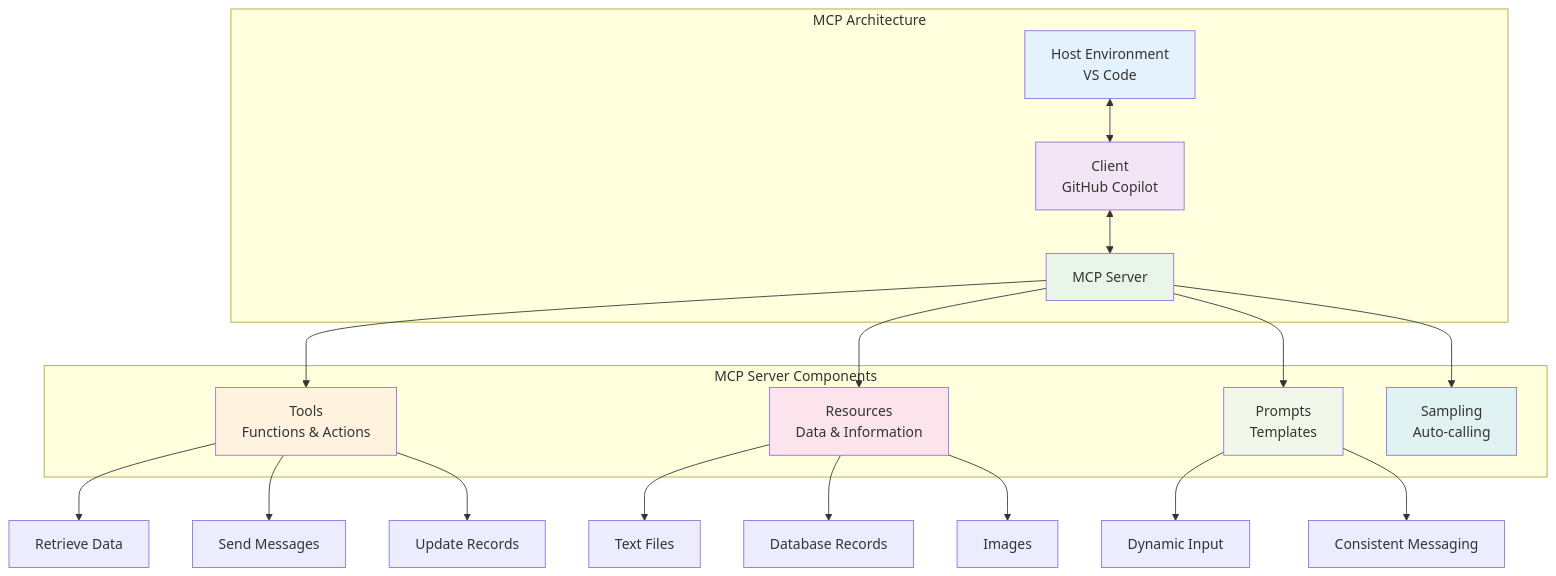
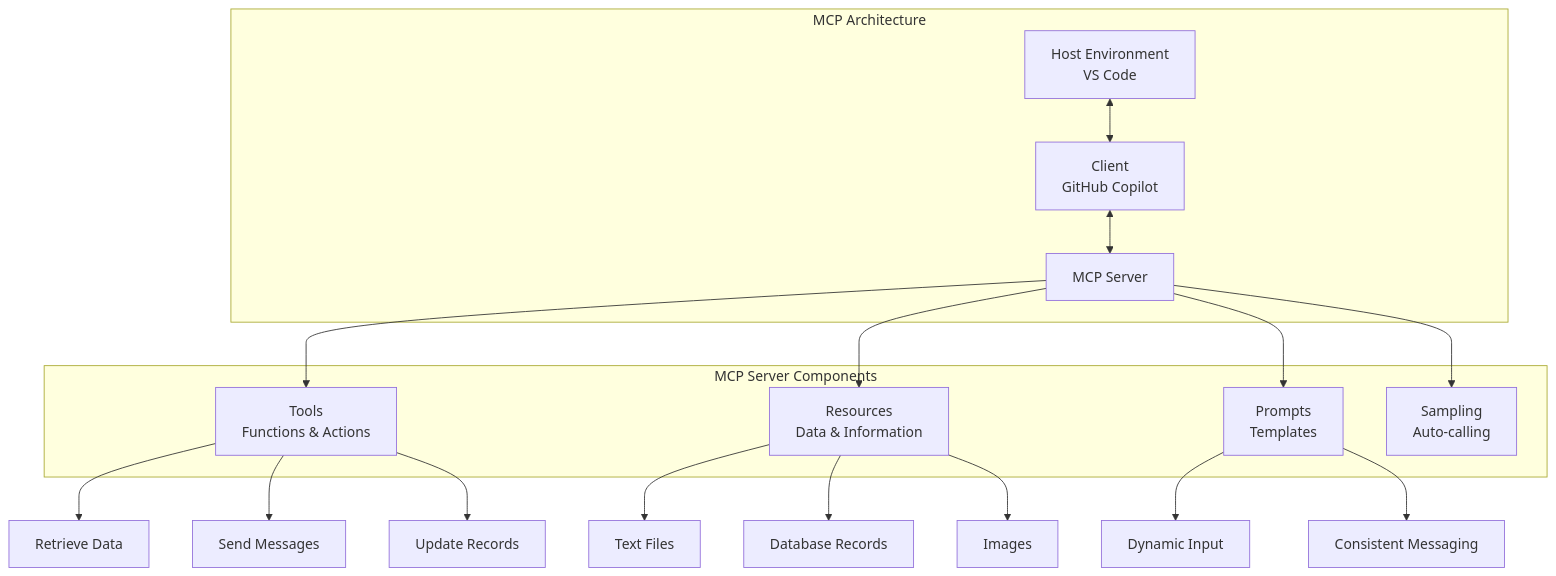
The fifth of 5 diagrams in _posts/2025-07-19-understanding-agentic-ai.md (micromastery/micromastery.github.io), drawn with Mermaid before and after one commit. The commit also changed other lines of this file, not shown here.

Commit message:
Remove unnecessary style definitions from AI agents blog post diagrams

````diff
--- a/_posts/2025-07-19-understanding-agentic-ai.md
+++ b/_posts/2025-07-19-understanding-agentic-ai.md
@@ -252,37 +230,29 @@
 ```mermaid
 graph TB
     subgraph "MCP Architecture"
         H[Host Environment<br/>VS Code]
         C[Client<br/>GitHub Copilot]
         S[MCP Server]
         
         H <--> C
         C <--> S
     end
     
     subgraph "MCP Server Components"
         S --> T[Tools<br/>Functions & Actions]
         S --> R[Resources<br/>Data & Information]
         S --> P[Prompts<br/>Templates]
         S --> SA[Sampling<br/>Auto-calling]
     end
     
     T --> T1[Retrieve Data]
     T --> T2[Send Messages]
     T --> T3[Update Records]
     
     R --> R1[Text Files]
     R --> R2[Database Records]
     R --> R3[Images]
     
     P --> P1[Dynamic Input]
     P --> P2[Consistent Messaging]
-    
-    style H fill:#e3f2fd
-    style C fill:#f3e5f5
-    style S fill:#e8f5e8
-    style T fill:#fff3e0
-    style R fill:#fce4ec
-    style P fill:#f1f8e9
-    style SA fill:#e0f2f1
 ```
````
